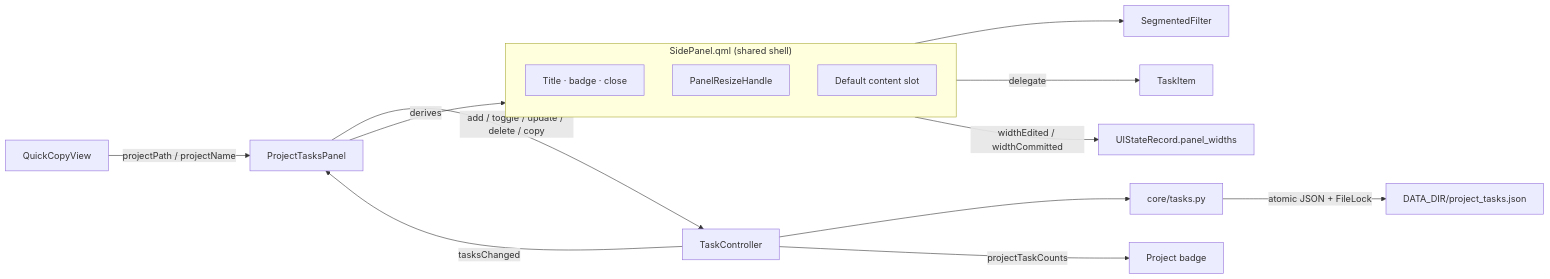
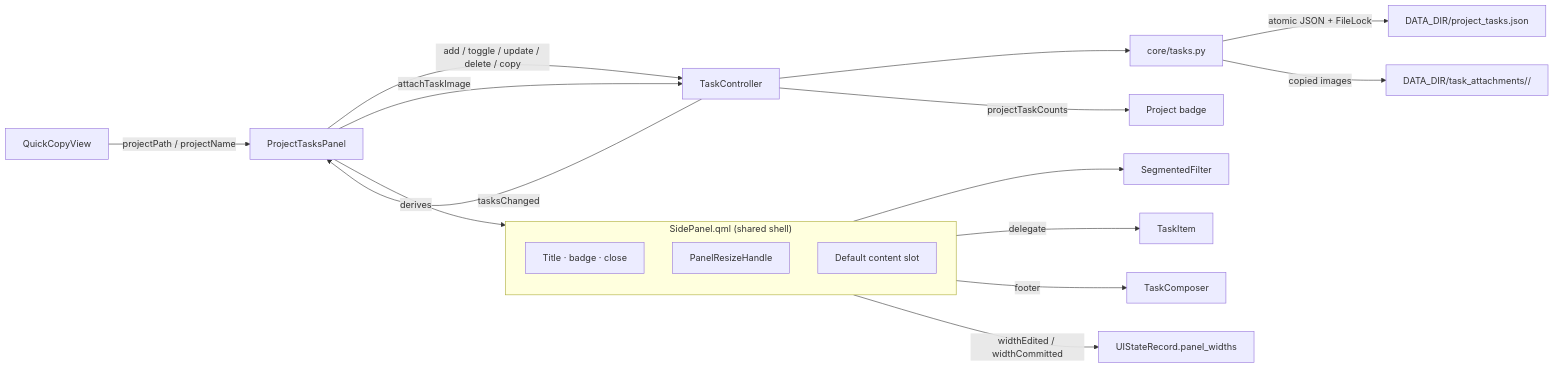
One commit to dishanagalawatta/SkillManager changed the fifth of 16 diagrams in docs/ARCHITECTURE.md. Above: the diagram before and after it, drawn with Mermaid. The commit also changed other lines of this file and 3 other files, not shown here.

````diff
--- a/docs/ARCHITECTURE.md
+++ b/docs/ARCHITECTURE.md
@@ -370,19 +384,22 @@
 ```mermaid
 flowchart LR
     QCV["QuickCopyView"] -->|projectPath / projectName| Panel["ProjectTasksPanel"]
     subgraph Shell["SidePanel.qml (shared shell)"]
         direction TB
         Header["Title · badge · close"]
         Grip["PanelResizeHandle"]
         Body["Default content slot"]
     end
     Panel -->|derives| Shell
     Body --> Filter["SegmentedFilter"]
     Body -->|delegate| Row["TaskItem"]
+    Body -->|footer| Composer["TaskComposer"]
     Panel -->|add / toggle / update / delete / copy| Ctrl["TaskController"]
+    Panel -->|attachTaskImage| Ctrl
     Ctrl --> Store["core/tasks.py"]
     Store -->|atomic JSON + FileLock| File["DATA_DIR/project_tasks.json"]
+    Store -->|copied images| Attach["DATA_DIR/task_attachments/<key>/"]
     Ctrl -->|tasksChanged| Panel
     Ctrl -->|projectTaskCounts| Badge["Project badge"]
     Grip -->|widthEdited / widthCommitted| UIState["UIStateRecord.panel_widths"]
 ```
````
